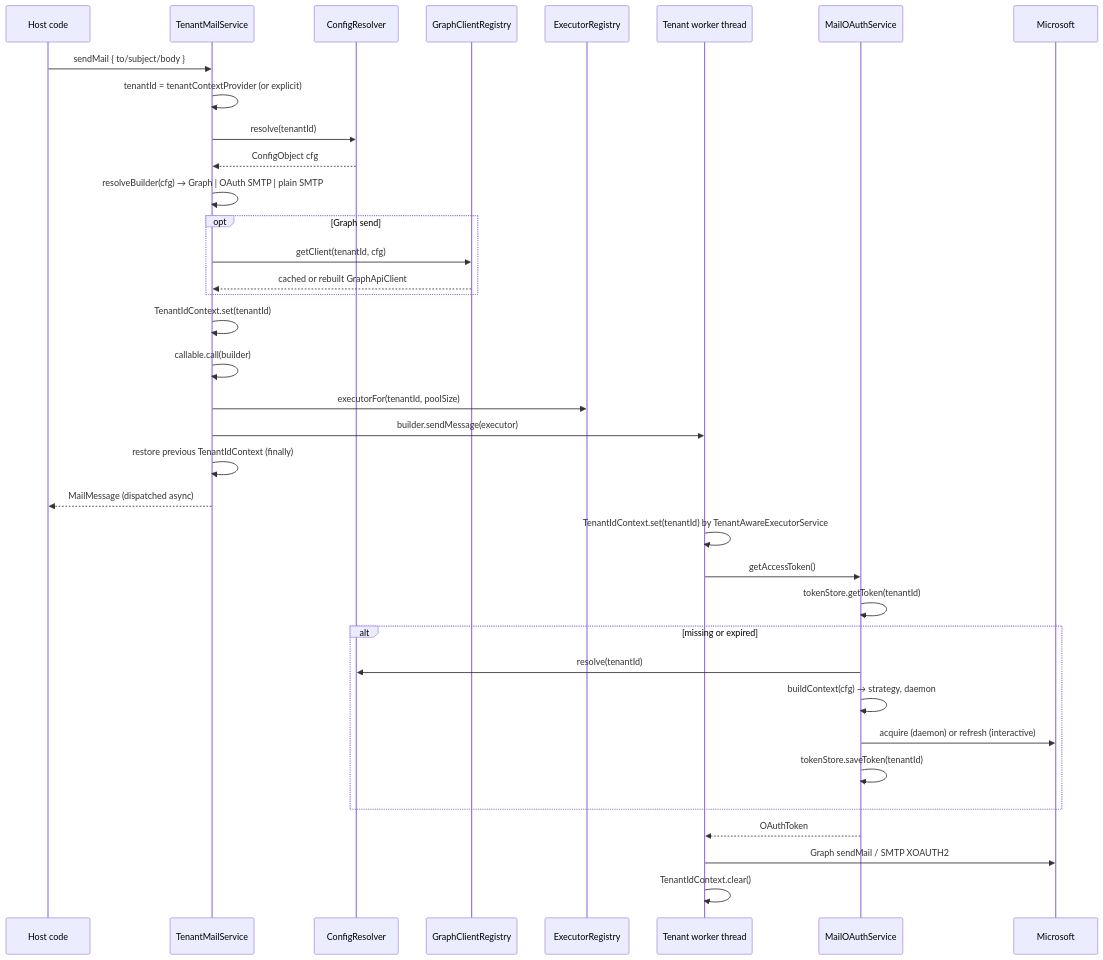
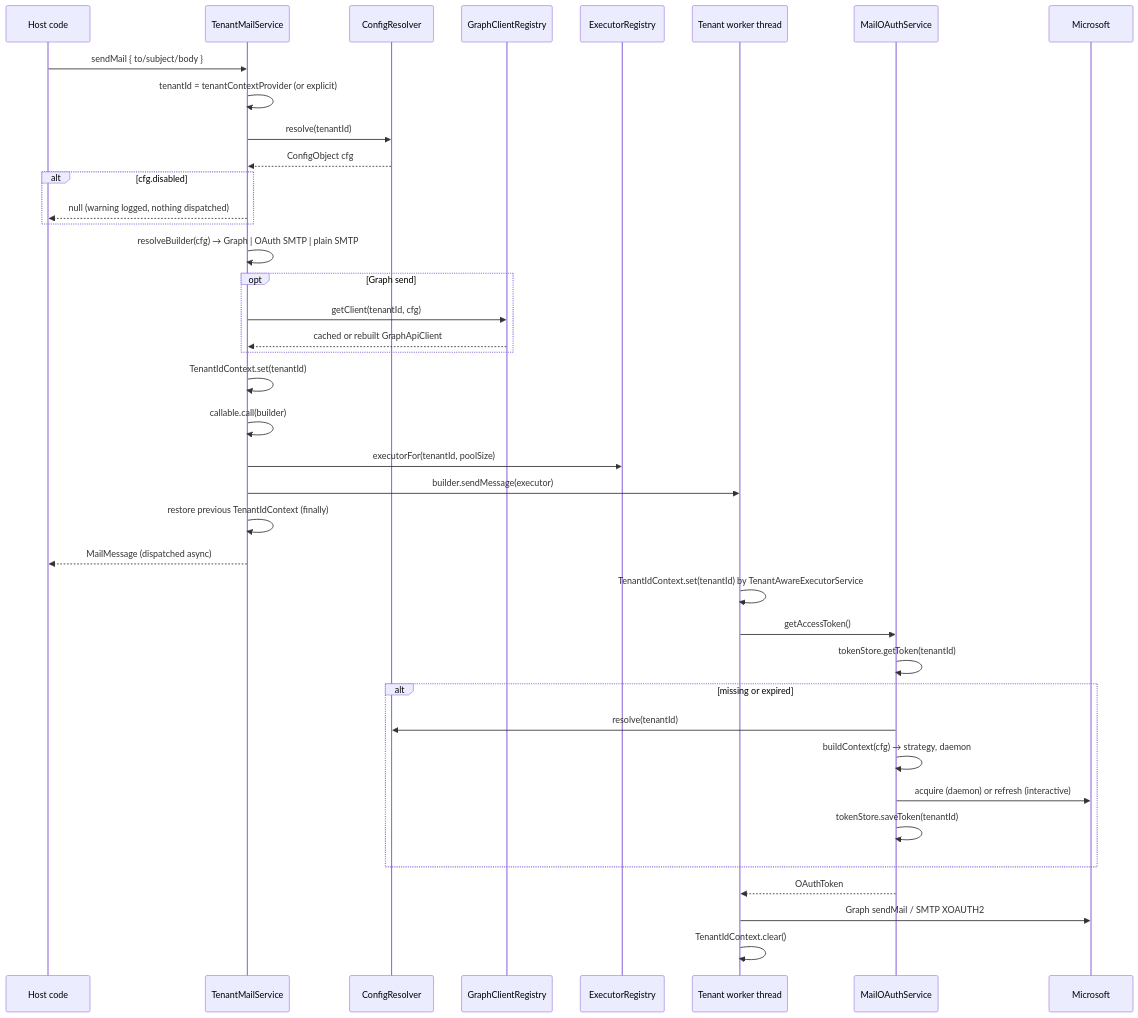
The fourth of 10 diagrams in docs/PLUGIN_DESIGN.md (vsachinv/mail-oauth), drawn with Mermaid before and after one commit. The commit also changed other lines of this file and 6 other files, not shown here.

````diff
--- a/docs/PLUGIN_DESIGN.md
+++ b/docs/PLUGIN_DESIGN.md
@@ -149,40 +149,43 @@
 ```mermaid
 sequenceDiagram
     participant App as Host code
     participant TMS as TenantMailService
     participant RES as ConfigResolver
     participant GCR as GraphClientRegistry
     participant EXE as ExecutorRegistry
     participant W as Tenant worker thread
     participant OAS as MailOAuthService
     participant MS as Microsoft
 
     App->>TMS: sendMail { to/subject/body }
     TMS->>TMS: tenantId = tenantContextProvider (or explicit)
     TMS->>RES: resolve(tenantId)
     RES-->>TMS: ConfigObject cfg
+    alt cfg.disabled
+        TMS-->>App: null (warning logged, nothing dispatched)
+    end
     TMS->>TMS: resolveBuilder(cfg) → Graph | OAuth SMTP | plain SMTP
     opt Graph send
         TMS->>GCR: getClient(tenantId, cfg)
         GCR-->>TMS: cached or rebuilt GraphApiClient
     end
     TMS->>TMS: TenantIdContext.set(tenantId)
     TMS->>TMS: callable.call(builder)
     TMS->>EXE: executorFor(tenantId, poolSize)
     TMS->>W: builder.sendMessage(executor)
     TMS->>TMS: restore previous TenantIdContext (finally)
     TMS-->>App: MailMessage (dispatched async)
 
     W->>W: TenantIdContext.set(tenantId) by TenantAwareExecutorService
     W->>OAS: getAccessToken()
     OAS->>OAS: tokenStore.getToken(tenantId)
     alt missing or expired
         OAS->>RES: resolve(tenantId)
         OAS->>OAS: buildContext(cfg) → strategy, daemon
         OAS->>MS: acquire (daemon) or refresh (interactive)
         OAS->>OAS: tokenStore.saveToken(tenantId)
     end
     OAS-->>W: OAuthToken
     W->>MS: Graph sendMail / SMTP XOAUTH2
     W->>W: TenantIdContext.clear()
 ```
````
